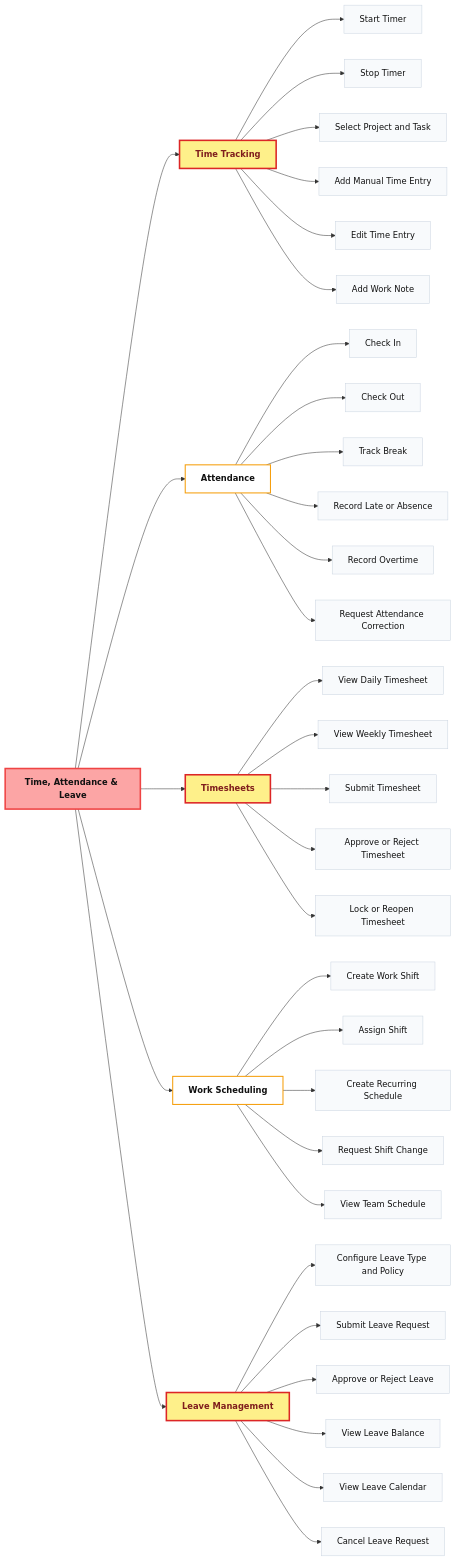
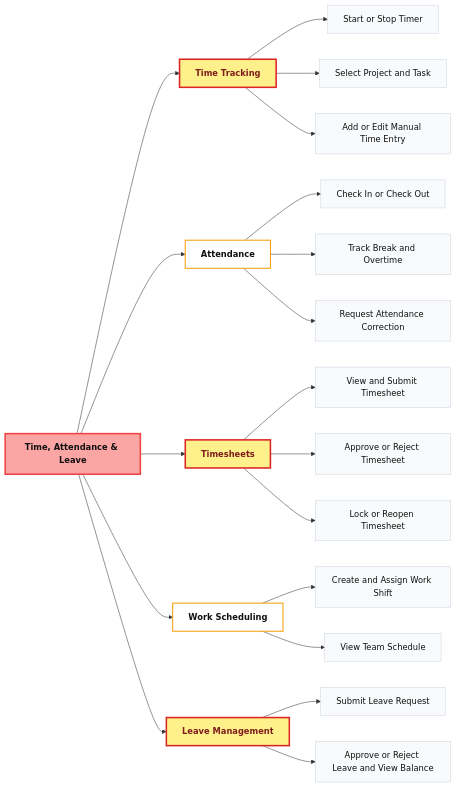
One commit to Hagiakhanh/HR-Workforce-Management changed the sixth of 10 diagrams in README.md. Above: the diagram before and after it, drawn with Mermaid. The commit also changed other lines of this file, not shown here.

Commit message:
list all usecase

````diff
--- a/README.md
+++ b/README.md
@@ -247,53 +220,38 @@
 ```mermaid
 flowchart LR
     classDef module fill:#fca5a5,stroke:#ef4444,stroke-width:3px,color:#111,font-weight:bold;
     classDef feature fill:#ffffff,stroke:#f59e0b,stroke-width:2px,color:#111,font-weight:bold;
     classDef important fill:#fef08a,stroke:#dc2626,stroke-width:3px,color:#7f1d1d,font-weight:bold;
     classDef usecase fill:#f8fafc,stroke:#cbd5e1,color:#111;
 
     TIME["Time, Attendance & Leave"]
 
     TIME --> TRACKING["Time Tracking"]
     TIME --> ATTENDANCE["Attendance"]
     TIME --> TIMESHEET["Timesheets"]
     TIME --> SCHEDULE["Work Scheduling"]
     TIME --> LEAVE["Leave Management"]
 
-    TRACKING --> T1["Start Timer"]
-    TRACKING --> T2["Stop Timer"]
-    TRACKING --> T3["Select Project and Task"]
-    TRACKING --> T4["Add Manual Time Entry"]
-    TRACKING --> T5["Edit Time Entry"]
-    TRACKING --> T6["Add Work Note"]
+    TRACKING --> T1["Start or Stop Timer"]
+    TRACKING --> T2["Select Project and Task"]
+    TRACKING --> T3["Add or Edit Manual Time Entry"]
 
-    ATTENDANCE --> A1["Check In"]
-    ATTENDANCE --> A2["Check Out"]
-    ATTENDANCE --> A3["Track Break"]
-    ATTENDANCE --> A4["Record Late or Absence"]
-    ATTENDANCE --> A5["Record Overtime"]
-    ATTENDANCE --> A6["Request Attendance Correction"]
+    ATTENDANCE --> A1["Check In or Check Out"]
+    ATTENDANCE --> A2["Track Break and Overtime"]
+    ATTENDANCE --> A3["Request Attendance Correction"]
 
-    TIMESHEET --> TS1["View Daily Timesheet"]
-    TIMESHEET --> TS2["View Weekly Timesheet"]
-    TIMESHEET --> TS3["Submit Timesheet"]
-    TIMESHEET --> TS4["Approve or Reject Timesheet"]
-    TIMESHEET --> TS5["Lock or Reopen Timesheet"]
+    TIMESHEET --> TS1["View and Submit Timesheet"]
+    TIMESHEET --> TS2["Approve or Reject Timesheet"]
+    TIMESHEET --> TS3["Lock or Reopen Timesheet"]
 
-    SCHEDULE --> S1["Create Work Shift"]
-    SCHEDULE --> S2["Assign Shift"]
-    SCHEDULE --> S3["Create Recurring Schedule"]
-    SCHEDULE --> S4["Request Shift Change"]
-    SCHEDULE --> S5["View Team Schedule"]
+    SCHEDULE --> S1["Create and Assign Work Shift"]
+    SCHEDULE --> S2["View Team Schedule"]
 
-    LEAVE --> L1["Configure Leave Type and Policy"]
-    LEAVE --> L2["Submit Leave Request"]
-    LEAVE --> L3["Approve or Reject Leave"]
-    LEAVE --> L4["View Leave Balance"]
-    LEAVE --> L5["View Leave Calendar"]
-    LEAVE --> L6["Cancel Leave Request"]
+    LEAVE --> L1["Submit Leave Request"]
+    LEAVE --> L2["Approve or Reject Leave and View Balance"]
 
     class TIME module;
     class TRACKING,ATTENDANCE,TIMESHEET,SCHEDULE,LEAVE feature;
     class TRACKING,TIMESHEET,LEAVE important;
-    class T1,T2,T3,T4,T5,T6,A1,A2,A3,A4,A5,A6,TS1,TS2,TS3,TS4,TS5,S1,S2,S3,S4,S5,L1,L2,L3,L4,L5,L6 usecase;
+    class T1,T2,T3,A1,A2,A3,TS1,TS2,TS3,S1,S2,L1,L2 usecase;
 ```
````
